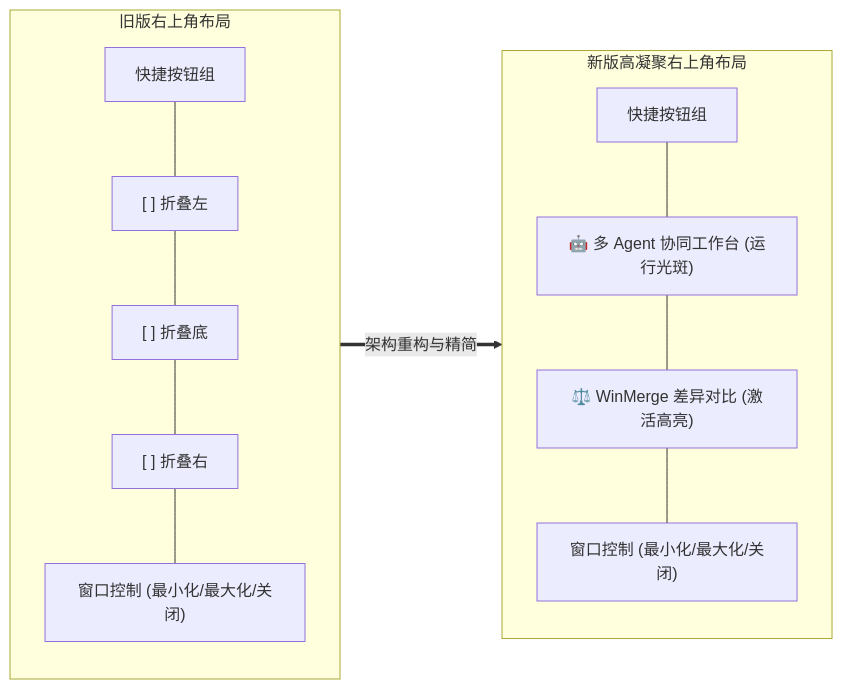
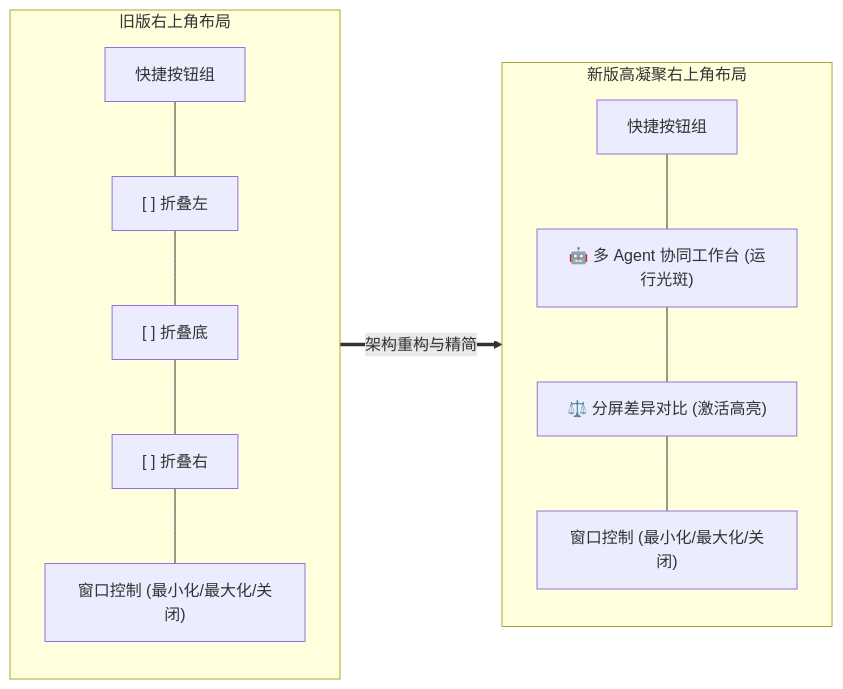
Before and after one commit to UlyssesLeoLee/IDE1.0: the first of 2 diagrams in docs/01_基本设计/BD-004_Titlebar-WinMergeDiff-and-PanelDocks.md, drawn with Mermaid. The commit also changed other lines of this file and 26 other files, not shown here.

````diff
--- a/docs/01_基本设计/BD-004_Titlebar-WinMergeDiff-and-PanelDocks.md
+++ b/docs/01_基本设计/BD-004_Titlebar-WinMergeDiff-and-PanelDocks.md
@@ -22,12 +22,12 @@
 ```mermaid
 flowchart LR
     subgraph OLD["旧版右上角布局"]
         O1["快捷按钮组"] --- O2["[ ] 折叠左"] --- O3["[ ] 折叠底"] --- O4["[ ] 折叠右"] --- O5["窗口控制 (最小化/最大化/关闭)"]
     end
 
     subgraph NEW["新版高凝聚右上角布局"]
-        N1["快捷按钮组"] --- N2["🤖 多 Agent 协同工作台 (运行光斑)"] --- N3["⚖️ WinMerge 差异对比 (激活高亮)"] --- N4["窗口控制 (最小化/最大化/关闭)"]
+        N1["快捷按钮组"] --- N2["🤖 多 Agent 协同工作台 (运行光斑)"] --- N3["⚖️ 分屏差异对比 (激活高亮)"] --- N4["窗口控制 (最小化/最大化/关闭)"]
     end
     
     OLD ==>|架构重构与精简| NEW
 ```
````
